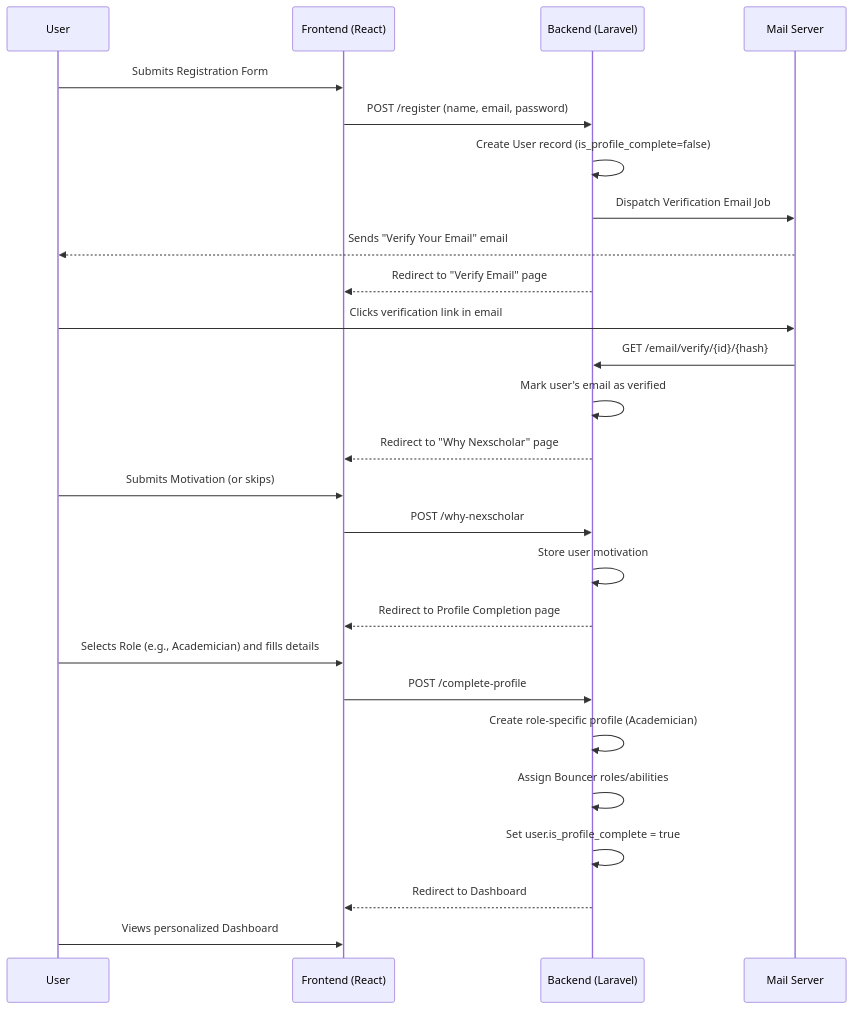
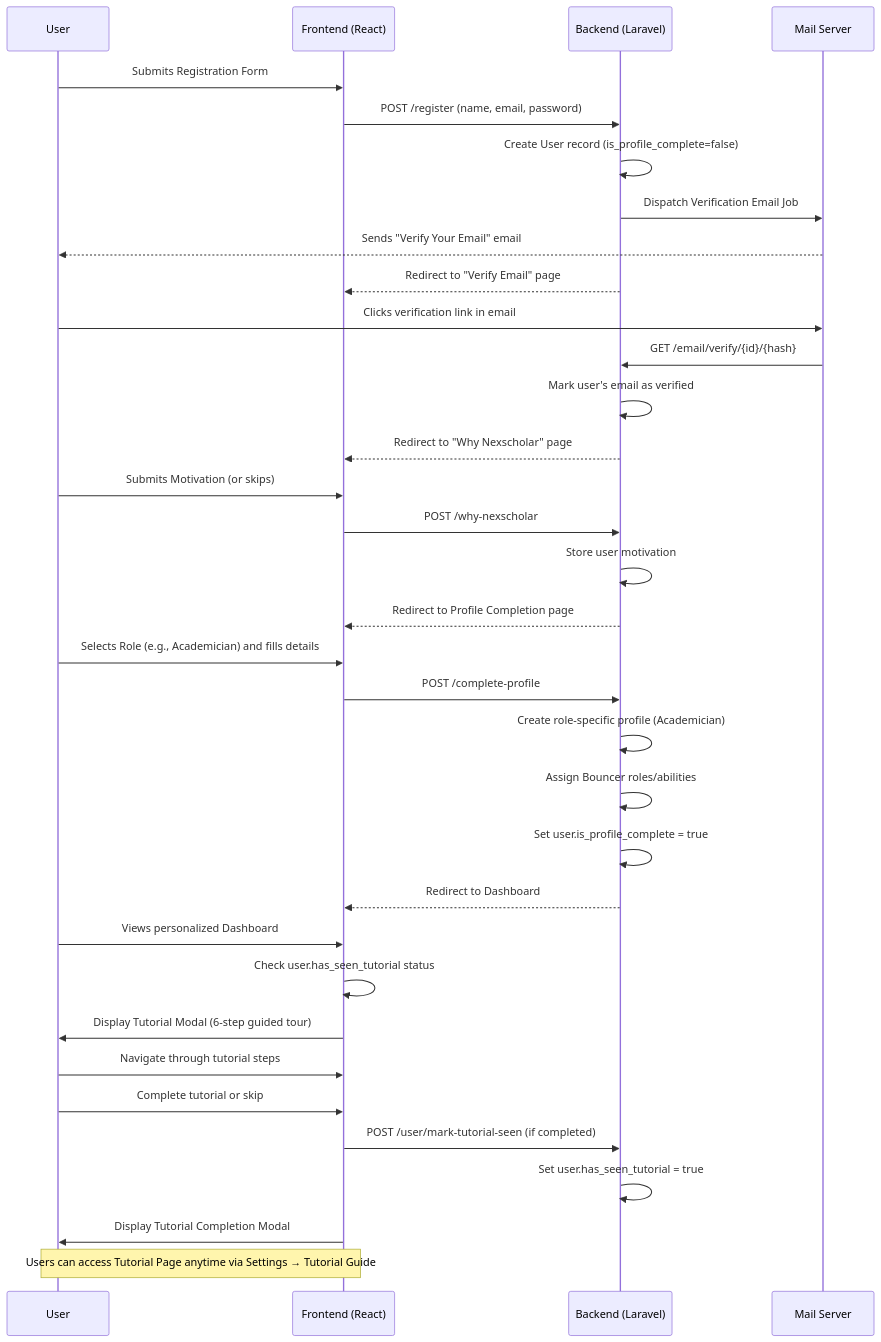
One commit to ahmadnajmi90/nexscholarsys changed the first of 5 diagrams in docs/WORKFLOWS.md. Above: the diagram before and after it, drawn with Mermaid. The commit also changed other lines of this file and 471 other files, not shown here.

Commit message:
Add Radix UI components for enhanced user experience; implement tutorial system with onboarding modal and tutorial page, and update related routes and user model for tracking tutorial completion.

````diff
--- a/docs/WORKFLOWS.md
+++ b/docs/WORKFLOWS.md
@@ -19,33 +19,42 @@
 ```mermaid
 sequenceDiagram
     participant User
     participant Frontend (React)
     participant Backend (Laravel)
     participant Mail Server
 
     User->>Frontend (React): Submits Registration Form
     Frontend (React)->>Backend (Laravel): POST /register (name, email, password)
     Backend (Laravel)->>Backend (Laravel): Create User record (is_profile_complete=false)
     Backend (Laravel)->>Mail Server: Dispatch Verification Email Job
     Mail Server-->>User: Sends "Verify Your Email" email
     Backend (Laravel)-->>Frontend (React): Redirect to "Verify Email" page
     
     User->>Mail Server: Clicks verification link in email
     Mail Server->>Backend (Laravel): GET /email/verify/{id}/{hash}
     Backend (Laravel)->>Backend (Laravel): Mark user's email as verified
     Backend (Laravel)-->>Frontend (React): Redirect to "Why Nexscholar" page
     
     User->>Frontend (React): Submits Motivation (or skips)
     Frontend (React)->>Backend (Laravel): POST /why-nexscholar
     Backend (Laravel)->>Backend (Laravel): Store user motivation
     Backend (Laravel)-->>Frontend (React): Redirect to Profile Completion page
     
     User->>Frontend (React): Selects Role (e.g., Academician) and fills details
     Frontend (React)->>Backend (Laravel): POST /complete-profile
     Backend (Laravel)->>Backend (Laravel): Create role-specific profile (Academician)
     Backend (Laravel)->>Backend (Laravel): Assign Bouncer roles/abilities
     Backend (Laravel)->>Backend (Laravel): Set user.is_profile_complete = true
     Backend (Laravel)-->>Frontend (React): Redirect to Dashboard
-    
+
     User->>Frontend (React): Views personalized Dashboard
+    Frontend (React)->>Frontend (React): Check user.has_seen_tutorial status
+    Frontend (React)->>User: Display Tutorial Modal (6-step guided tour)
+    User->>Frontend (React): Navigate through tutorial steps
+    User->>Frontend (React): Complete tutorial or skip
+    Frontend (React)->>Backend (Laravel): POST /user/mark-tutorial-seen (if completed)
+    Backend (Laravel)->>Backend (Laravel): Set user.has_seen_tutorial = true
+    Frontend (React)->>User: Display Tutorial Completion Modal
+
+    Note over User,Frontend (React): Users can access Tutorial Page anytime via Settings → Tutorial Guide
 ```
````
